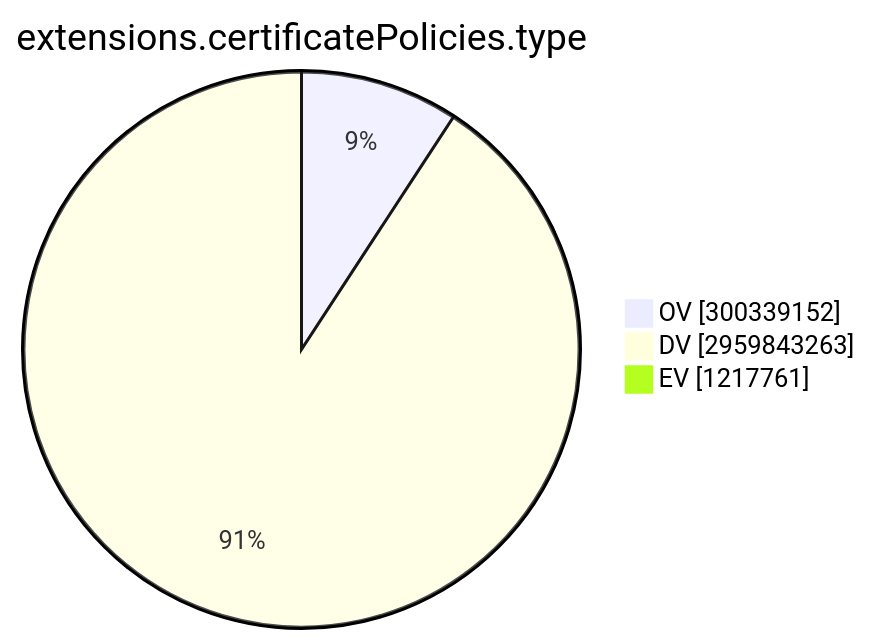
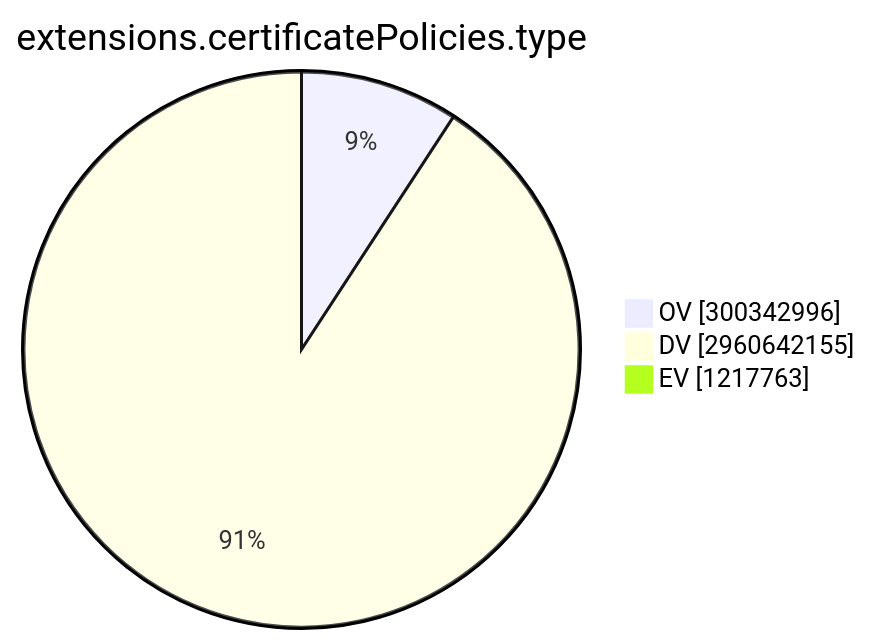
Before and after one commit to christiankrug/ctmonitor_visualization: the ninth of 15 diagrams in TOTAL/README.md, drawn with Mermaid. The commit also changed other lines of this file, not shown here.

````diff
--- a/TOTAL/README.md
+++ b/TOTAL/README.md
@@ -3101,7 +3101,7 @@
 ```mermaid
 pie showData
 title extensions.certificatePolicies.type
-"OV" :300339152
-"DV" :2959843263
-"EV" :1217761
+"OV" :300342996
+"DV" :2960642155
+"EV" :1217763
 ```
````
